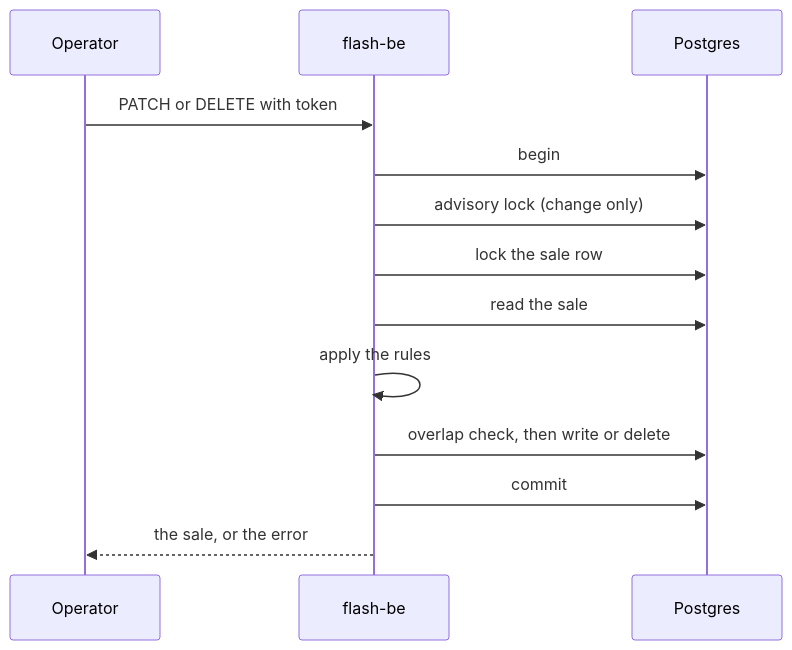
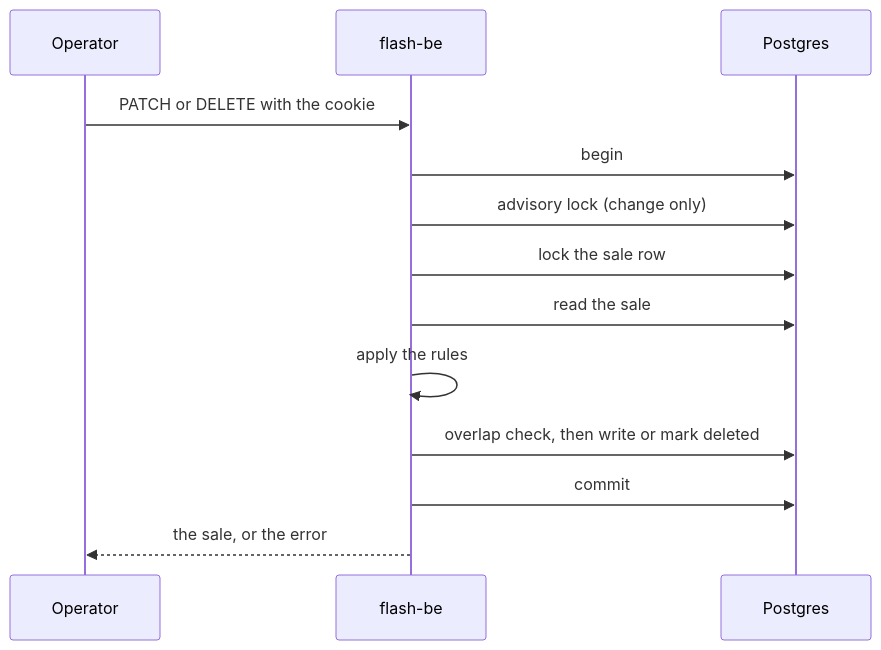
Before and after one commit to wahidyankf/coding-itv-js-flashsale: the diagram in docs/explanation/admin-and-sale-windows.md, drawn with Mermaid. The commit also changed other lines of this file and 20 other files, not shown here.

````diff
--- a/docs/explanation/admin-and-sale-windows.md
+++ b/docs/explanation/admin-and-sale-windows.md
@@ -40,17 +46,17 @@
 ```mermaid
 sequenceDiagram
   accTitle: Change or remove a sale
-  accDescr: The operator sends a change or a remove with the token. The API starts a Postgres transaction. A change takes the advisory lock, then locks the sale row, reads it, applies the rules, checks that the new window does not overlap another sale, and writes. A remove locks the sale row, looks for a purchase, and deletes the sale when there is none. A shopper who confirms a purchase takes the same sale row lock first, so a purchase cannot slip in between the check and the delete.
+  accDescr: The operator sends a change or a remove with the login cookie. The API starts a Postgres transaction. A change takes the advisory lock, then locks the sale row, reads it, applies the rules, checks that the new window does not overlap another sale, and writes. A remove locks the sale row, looks for a purchase, and marks the sale and its holds as deleted when there is none. A shopper who confirms a purchase takes the same sale row lock first, so a purchase cannot slip in between the check and the delete.
   participant O as Operator
   participant A as flash-be
   participant P as Postgres
-  O->>A: PATCH or DELETE with token
+  O->>A: PATCH or DELETE with the cookie
   A->>P: begin
   A->>P: advisory lock (change only)
   A->>P: lock the sale row
   A->>P: read the sale
   A->>A: apply the rules
-  A->>P: overlap check, then write or delete
+  A->>P: overlap check, then write or mark deleted
   A->>P: commit
   A-->>O: the sale, or the error
 ```
````
